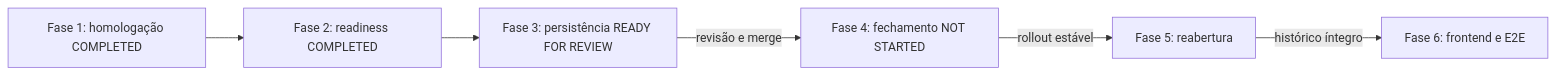
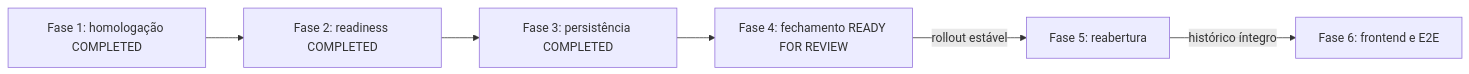
One commit to GuilhermeEstrelaDEV/dp-system changed the diagram in docs/project-management/ETP-014_IMPLEMENTATION_PLAN.md. Above: the diagram before and after it, drawn with Mermaid. The commit also changed other lines of this file and 9 other files, not shown here.

````diff
--- a/docs/project-management/ETP-014_IMPLEMENTATION_PLAN.md
+++ b/docs/project-management/ETP-014_IMPLEMENTATION_PLAN.md
@@ -317,8 +319,8 @@
 ```mermaid
 flowchart LR
     F1[Fase 1: homologação COMPLETED] --> F2[Fase 2: readiness COMPLETED]
-    F2 --> F3[Fase 3: persistência READY FOR REVIEW]
-    F3 -->|revisão e merge| F4[Fase 4: fechamento NOT STARTED]
+    F2 --> F3[Fase 3: persistência COMPLETED]
+    F3 --> F4[Fase 4: fechamento READY FOR REVIEW]
     F4 -->|rollout estável| F5[Fase 5: reabertura]
     F5 -->|histórico íntegro| F6[Fase 6: frontend e E2E]
 ```
````
